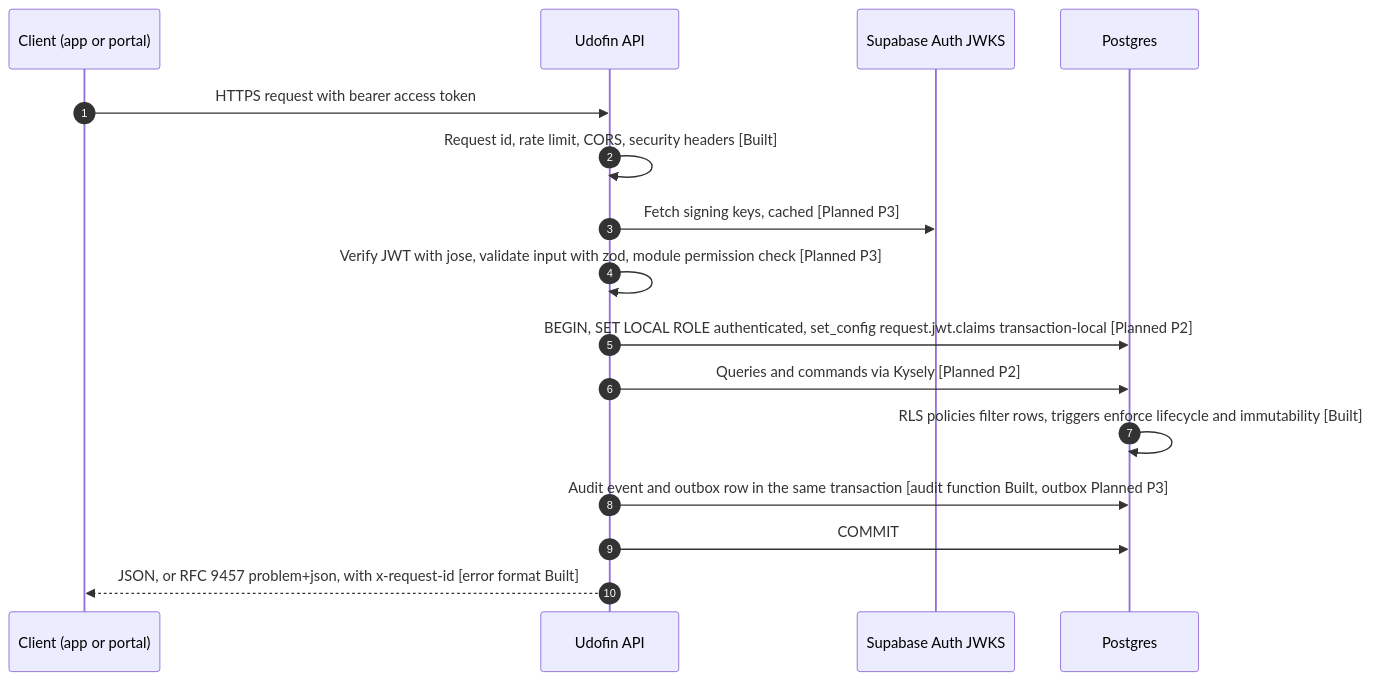
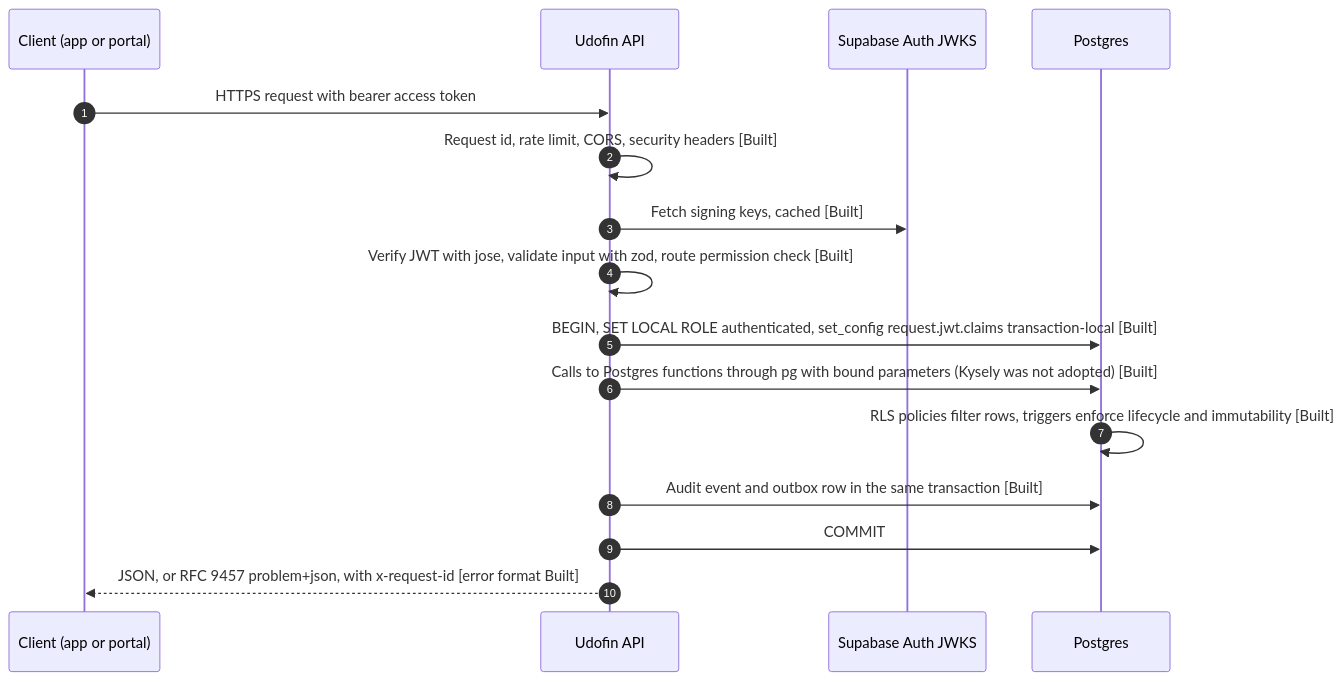
The fourth of 5 diagrams in docs/architecture/overview.md (lawdocs/udofin1), drawn with Mermaid before and after one commit. The commit also changed other lines of this file and 21 other files, not shown here.

First line of the commit message:
docs,ci: ADRs 0032 and 0033, ADR amendments, operations specs and runbook, restore drill, audit-ignore scope check, scoped gitleaks allowlist, poppler in CI

````diff
--- a/docs/architecture/overview.md
+++ b/docs/architecture/overview.md
@@ -312,18 +314,18 @@
 ```mermaid
 sequenceDiagram
   autonumber
   participant C as Client (app or portal)
   participant A as Udofin API
   participant K as Supabase Auth JWKS
   participant D as Postgres
   C->>A: HTTPS request with bearer access token
   A->>A: Request id, rate limit, CORS, security headers [Built]
-  A->>K: Fetch signing keys, cached [Planned P3]
-  A->>A: Verify JWT with jose, validate input with zod, module permission check [Planned P3]
-  A->>D: BEGIN, SET LOCAL ROLE authenticated, set_config request.jwt.claims transaction-local [Planned P2]
-  A->>D: Queries and commands via Kysely [Planned P2]
+  A->>K: Fetch signing keys, cached [Built]
+  A->>A: Verify JWT with jose, validate input with zod, route permission check [Built]
+  A->>D: BEGIN, SET LOCAL ROLE authenticated, set_config request.jwt.claims transaction-local [Built]
+  A->>D: Calls to Postgres functions through pg with bound parameters (Kysely was not adopted) [Built]
   D->>D: RLS policies filter rows, triggers enforce lifecycle and immutability [Built]
-  A->>D: Audit event and outbox row in the same transaction [audit function Built, outbox Planned P3]
+  A->>D: Audit event and outbox row in the same transaction [Built]
   A->>D: COMMIT
   A-->>C: JSON, or RFC 9457 problem+json, with x-request-id [error format Built]
 ```
````
